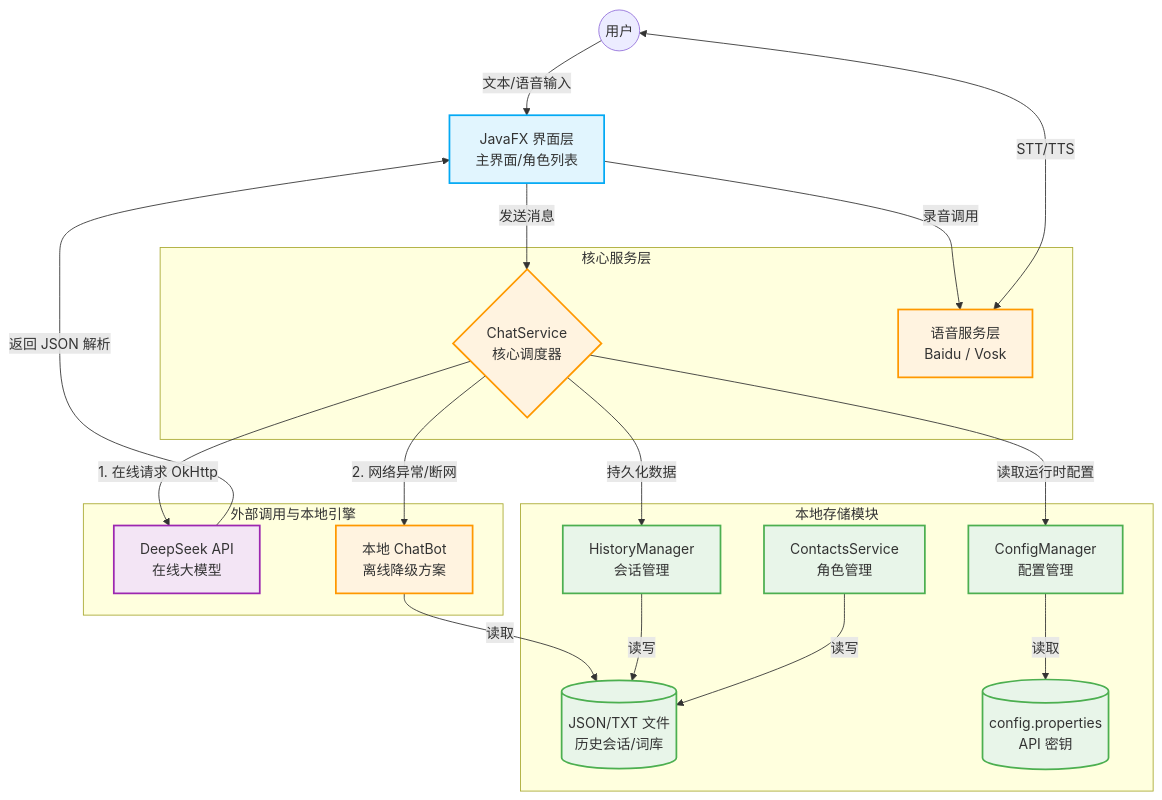
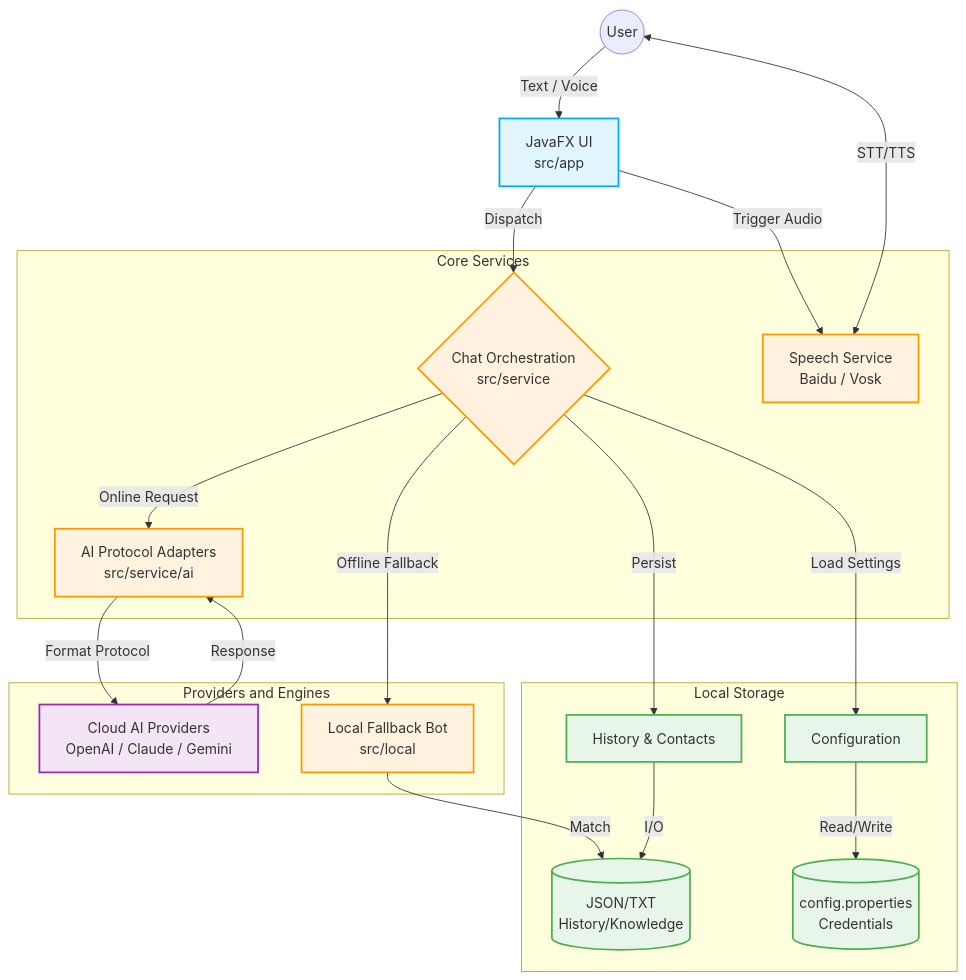
Before and after one commit to Mingrui-Ai/EchoSoul: the diagram in README.md, drawn with Mermaid. The commit also changed other lines of this file and 10 other files, not shown here.

````diff
--- a/README.md
+++ b/README.md
@@ -23,50 +24,50 @@
 ```mermaid
 graph TD
     %% 定义样式
     classDef ui fill:#e1f5fe,stroke:#03a9f4,stroke-width:2px;
     classDef service fill:#fff3e0,stroke:#ff9800,stroke-width:2px;
     classDef storage fill:#e8f5e9,stroke:#4caf50,stroke-width:2px;
     classDef external fill:#f3e5f5,stroke:#9c27b0,stroke-width:2px;
 
     %% 节点定义
-    User((用户))
-    UI[JavaFX 界面层<br/>主界面/角色列表]:::ui
+    User((User))
+    UI[JavaFX UI<br/>src/app]:::ui
     
-    subgraph 核心服务层
-        ChatService{ChatService<br/>核心调度器}:::service
-        Speech[语音服务层<br/>Baidu / Vosk]:::service
+    subgraph Core Services
+        ChatService{Chat Orchestration<br/>src/service}:::service
+        Adapter[AI Protocol Adapters<br/>src/service/ai]:::service
+        Speech[Speech Service<br/>Baidu / Vosk]:::service
     end
 
-    subgraph 外部调用与本地引擎
-        DeepSeek[DeepSeek API<br/>在线大模型]:::external
-        LocalBot[本地 ChatBot<br/>离线降级方案]:::service
+    subgraph Providers and Engines
+        LLM[Cloud AI Providers<br/>OpenAI / Claude / Gemini]:::external
+        LocalBot[Local Fallback Bot<br/>src/local]:::service
     end
 
-    subgraph 本地存储模块
-        HistoryManager[HistoryManager<br/>会话管理]:::storage
-        ConfigManager[ConfigManager<br/>配置管理]:::storage
-        ContactsService[ContactsService<br/>角色管理]:::storage
-        JSON[(JSON/TXT 文件<br/>历史会话/词库)]:::storage
-        Props[(config.properties<br/>API 密钥)]:::storage
+    subgraph Local Storage
+        HistoryManager[History & Contacts]:::storage
+        ConfigManager[Configuration]:::storage
+        JSON[(JSON/TXT<br/>History/Knowledge)]:::storage
+        Props[(config.properties<br/>Credentials)]:::storage
     end
 
     %% 数据流向
-    User -->|文本/语音输入| UI
-    UI -->|发送消息| ChatService
+    User -->|Text / Voice| UI
+    UI -->|Dispatch| ChatService
     
-    ChatService -->|1. 在线请求 OkHttp| DeepSeek
-    DeepSeek -->|返回 JSON 解析| UI
+    ChatService -->|Online Request| Adapter
+    Adapter -->|Format Protocol| LLM
+    LLM -->|Response| Adapter
     
-    ChatService -->|2. 网络异常/断网| LocalBot
-    LocalBot -->|读取| JSON
+    ChatService -->|Offline Fallback| LocalBot
+    LocalBot -->|Match| JSON
     
-    UI -->|录音调用| Speech
+    UI -->|Trigger Audio| Speech
     Speech <-->|STT/TTS| User
     
-    ChatService -->|持久化数据| HistoryManager
-    HistoryManager -->|读写| JSON
-    ContactsService -->|读写| JSON
+    ChatService -->|Persist| HistoryManager
+    HistoryManager -->|I/O| JSON
     
-    ChatService -->|读取运行时配置| ConfigManager
-    ConfigManager -->|读取| Props
+    ChatService -->|Load Settings| ConfigManager
+    ConfigManager -->|Read/Write| Props
 ```
````
